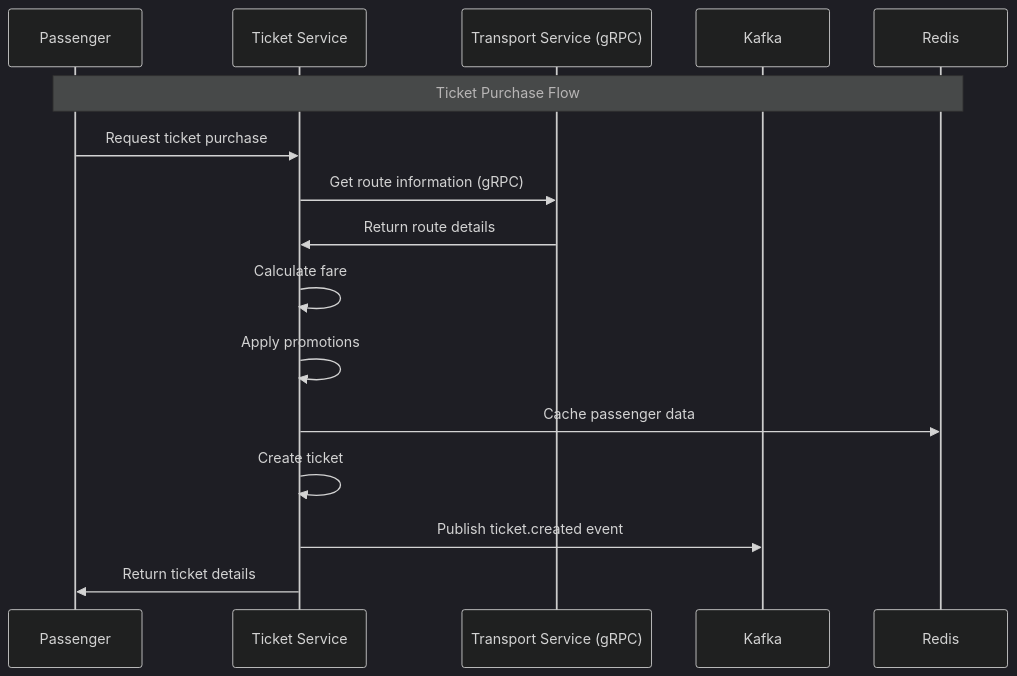
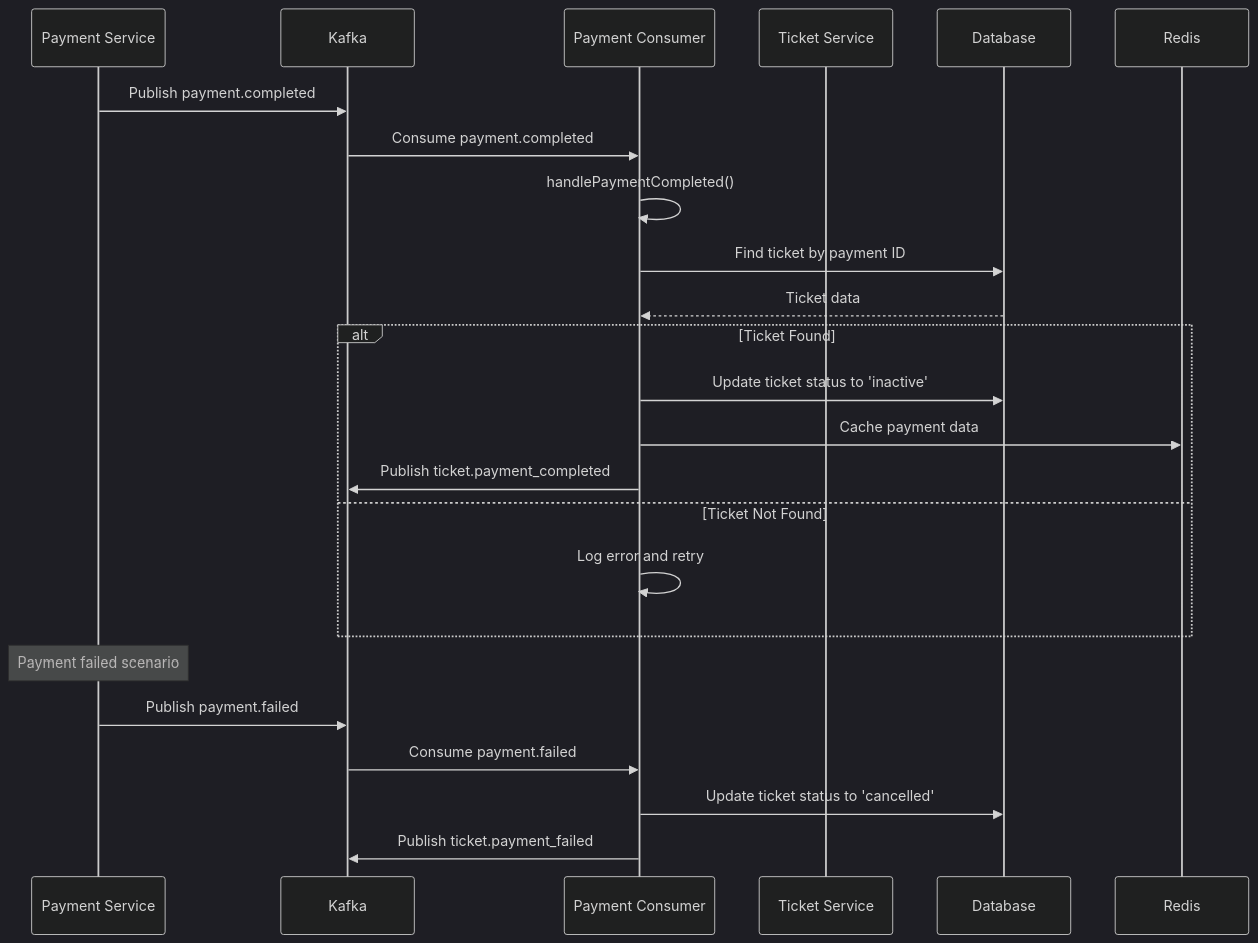
Before and after one commit to NamPhAm-Work423/Metro-backend: the seventh of 14 diagrams in ticket-service/README.md, drawn with Mermaid (dark theme). The commit also changed other lines of this file and 20 other files, not shown here.

````diff
--- a/ticket-service/README.md
+++ b/ticket-service/README.md
@@ -278,20 +235,30 @@
 ```mermaid
 sequenceDiagram
-    participant P as Passenger
-    participant T as Ticket Service
-    participant TR as Transport Service (gRPC)
-    participant K as Kafka
-    participant R as Redis
-
-    Note over P,R: Ticket Purchase Flow
-
-    P->>T: Request ticket purchase
-    T->>TR: Get route information (gRPC)
-    TR->>T: Return route details
-    T->>T: Calculate fare
-    T->>T: Apply promotions
-    T->>R: Cache passenger data
-    T->>T: Create ticket
-    T->>K: Publish ticket.created event
-    T->>P: Return ticket details
+  participant PS as Payment Service
+  participant KF as Kafka
+  participant PC as Payment Consumer
+  participant TS as Ticket Service
+  participant DB as Database
+  participant RD as Redis
+  
+  PS->>KF: Publish payment.completed
+  KF->>PC: Consume payment.completed
+  PC->>PC: handlePaymentCompleted()
+  
+  PC->>DB: Find ticket by payment ID
+  DB-->>PC: Ticket data
+  
+  alt Ticket Found
+    PC->>DB: Update ticket status to 'inactive'
+    PC->>RD: Cache payment data
+    PC->>KF: Publish ticket.payment_completed
+  else Ticket Not Found
+    PC->>PC: Log error and retry
+  end
+  
+  Note over PS: Payment failed scenario
+  PS->>KF: Publish payment.failed
+  KF->>PC: Consume payment.failed
+  PC->>DB: Update ticket status to 'cancelled'
+  PC->>KF: Publish ticket.payment_failed
 ```
````
